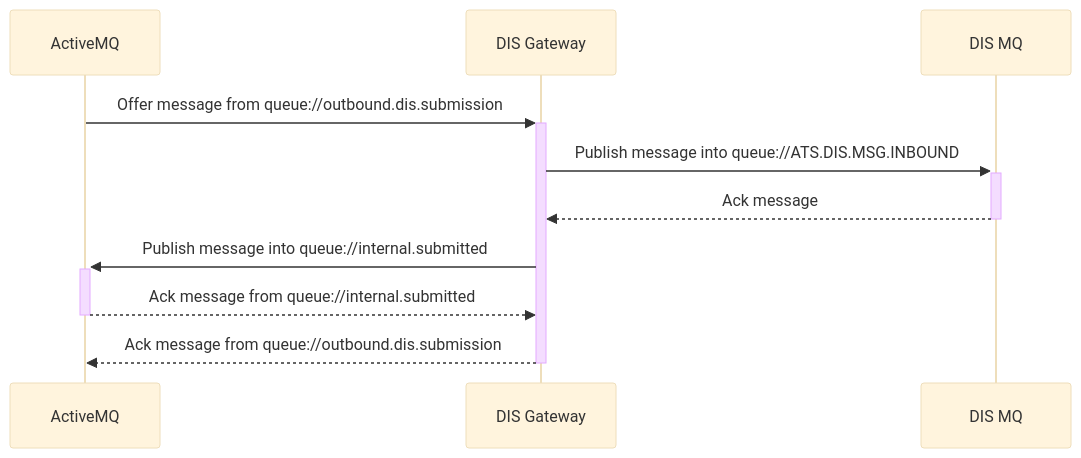
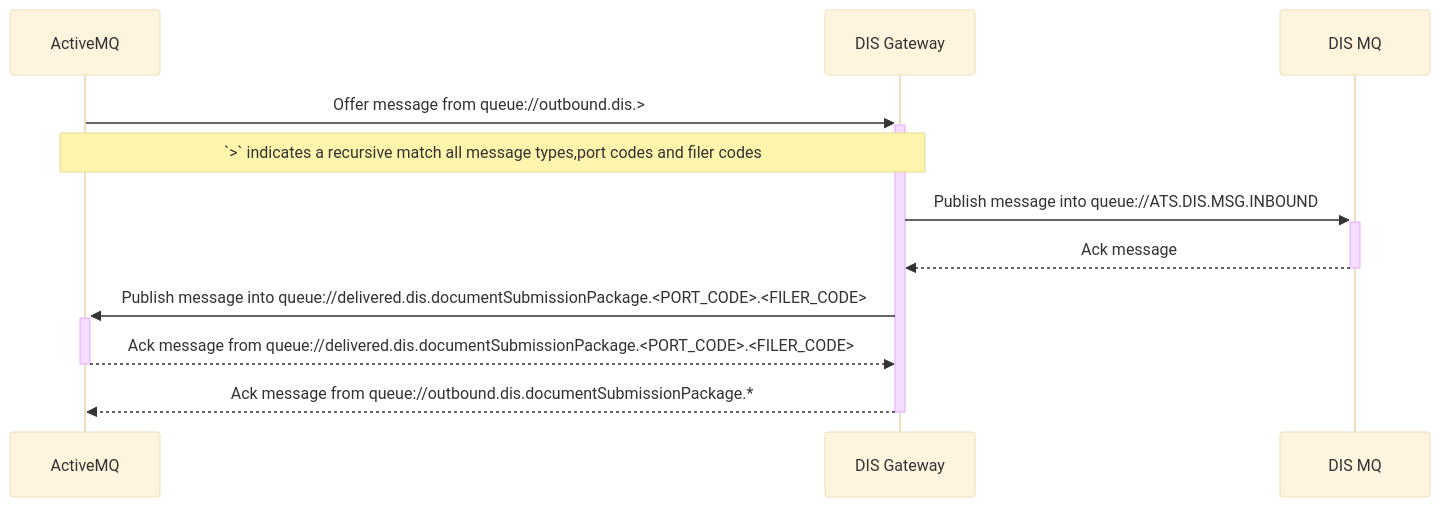
Before and after one commit to as2network/as2ng: the first of 2 diagrams in docs/workflows/dis.md, drawn with Mermaid (base theme). The commit also changed other lines of this file and 8 other files, not shown here.

````diff
--- a/docs/workflows/dis.md
+++ b/docs/workflows/dis.md
@@ -5,9 +15,10 @@
 ```mermaid
 sequenceDiagram
-    ActiveMQ ->>+ DIS Gateway: Offer message from queue://outbound.dis.submission
+    ActiveMQ ->>+ DIS Gateway: Offer message from queue://outbound.dis.>
+    Note over ActiveMQ,DIS Gateway: `>` indicates a recursive match all message types,port codes and filer codes
     DIS Gateway ->>+ DIS MQ: Publish message into queue://ATS.DIS.MSG.INBOUND
     DIS MQ -->>- DIS Gateway: Ack message    
-    DIS Gateway ->>+ ActiveMQ: Publish message into queue://internal.submitted
-    ActiveMQ -->>- DIS Gateway: Ack message from queue://internal.submitted
-    DIS Gateway -->>- ActiveMQ: Ack message from queue://outbound.dis.submission                        
+    DIS Gateway ->>+ ActiveMQ: Publish message into queue://delivered.dis.documentSubmissionPackage.<PORT_CODE>.<FILER_CODE>
+    ActiveMQ -->>- DIS Gateway: Ack message from queue://delivered.dis.documentSubmissionPackage.<PORT_CODE>.<FILER_CODE>
+    DIS Gateway -->>- ActiveMQ: Ack message from queue://outbound.dis.documentSubmissionPackage.*                        
 ```
````
